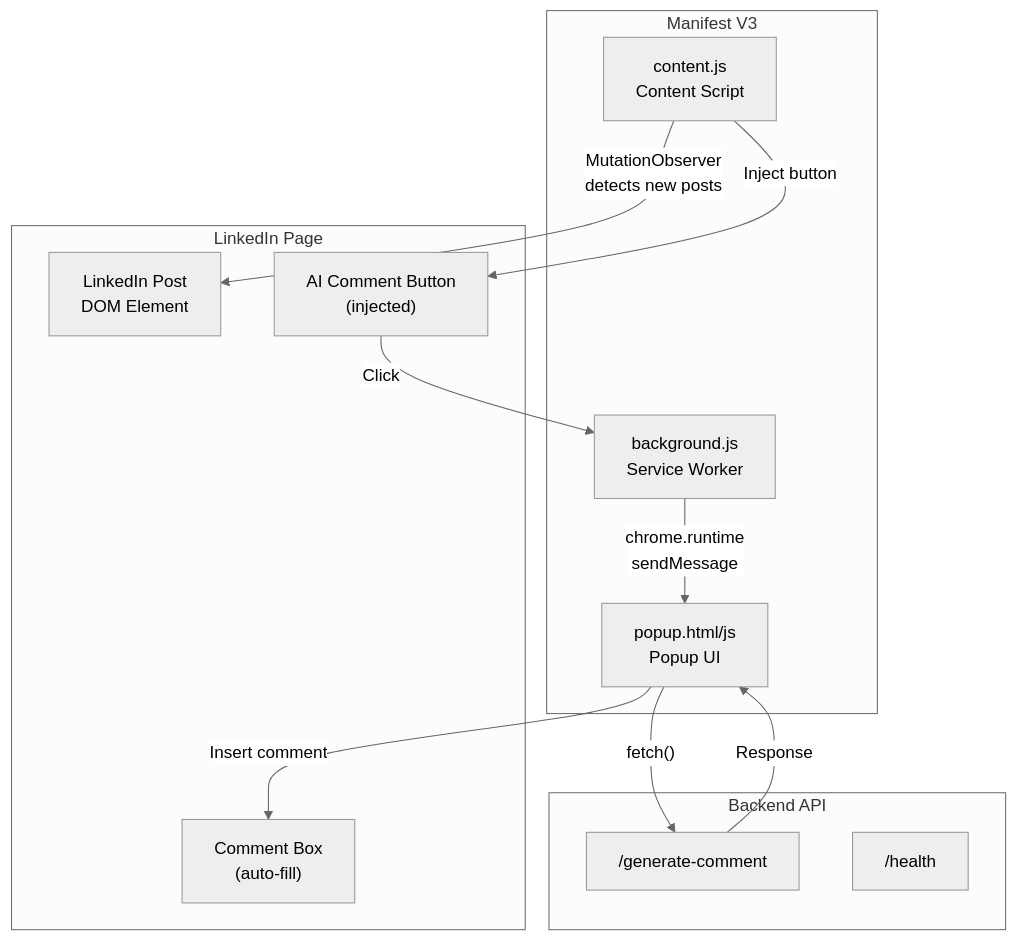
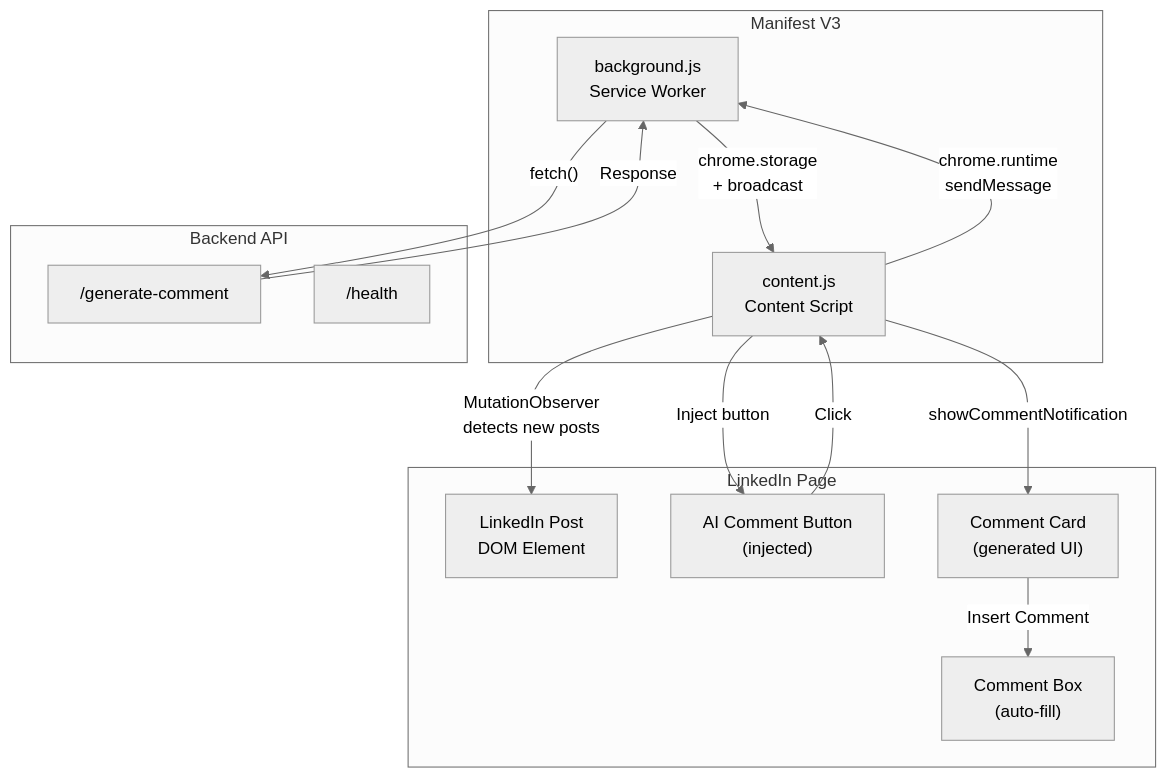
The eighth of 9 diagrams in doc/ARCHITECTURE.md (himanshu231204/linkedin-ai-comment-copilot), drawn with Mermaid (neutral theme) before and after one commit. The commit also changed other lines of this file and 2 other files, not shown here.

Commit message:
feat: enhance README and architecture documentation with new comment card features and updated message flow

````diff
--- a/doc/ARCHITECTURE.md
+++ b/doc/ARCHITECTURE.md
@@ -291,27 +290,29 @@
 ```mermaid
 graph TD
     subgraph "Manifest V3"
         BG["background.js<br/>Service Worker"]
         CTX["content.js<br/>Content Script"]
-        POPUP["popup.html/js<br/>Popup UI"]
     end
 
     subgraph "LinkedIn Page"
         POST["LinkedIn Post<br/>DOM Element"]
         BTN["AI Comment Button<br/>(injected)"]
+        CARD["Comment Card<br/>(generated UI)"]
         INPUT["Comment Box<br/>(auto-fill)"]
     end
 
     subgraph "Backend API"
         GEN["/generate-comment"]
         HEALTH["/health"]
     end
 
     CTX -->|"MutationObserver<br/>detects new posts"| POST
     CTX -->|"Inject button"| BTN
-    BTN -->|"Click"| BG
-    BG -->|"chrome.runtime<br/>sendMessage"| POPUP
-    POPUP -->|"fetch()"| GEN
-    GEN -->|"Response"| POPUP
-    POPUP -->|"Insert comment"| INPUT
+    BTN -->|"Click"| CTX
+    CTX -->|"chrome.runtime<br/>sendMessage"| BG
+    BG -->|"fetch()"| GEN
+    GEN -->|"Response"| BG
+    BG -->|"chrome.storage<br/>+ broadcast"| CTX
+    CTX -->|"showCommentNotification"| CARD
+    CARD -->|"Insert Comment"| INPUT
 ```
````
